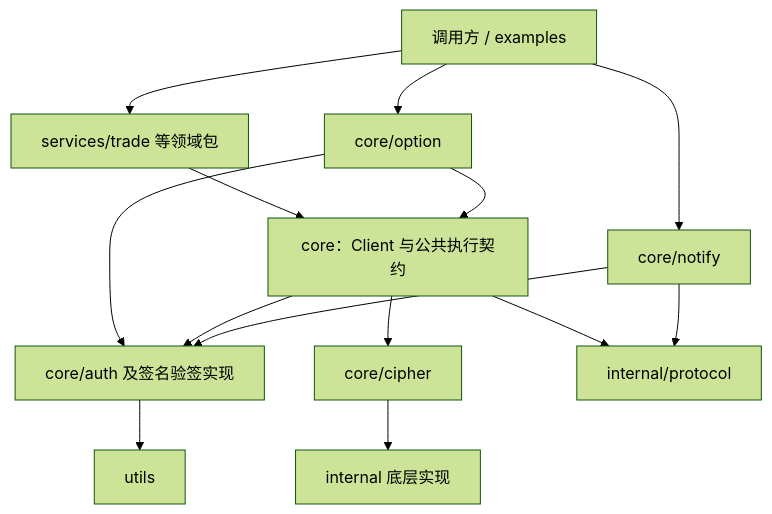
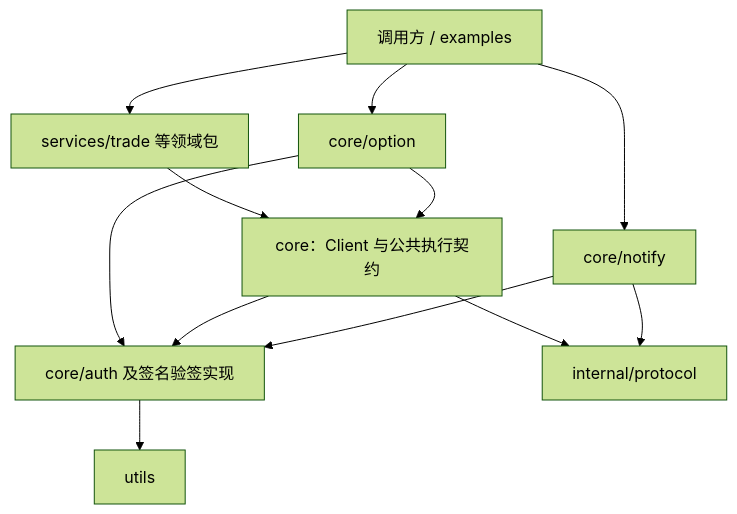
One commit to tiyee/alipay-sdk-go changed the first of 2 diagrams in docs/architecture.md. Above: the diagram before and after it, drawn with Mermaid (forest theme). The commit also changed other lines of this file and 547 other files, not shown here.

````diff
--- a/docs/architecture.md
+++ b/docs/architecture.md
@@ -107,16 +116,14 @@
 ```mermaid
 flowchart TD
     App[调用方 / examples] --> Service[services/trade 等领域包]
     App --> Options[core/option]
     App --> Notify[core/notify]
     Service --> Core[core：Client 与公共执行契约]
     Options --> Core
     Options --> Auth[core/auth 及签名验签实现]
     Core --> Auth
-    Core --> Cipher[core/cipher]
     Core --> Protocol[internal/protocol]
     Notify --> Auth
     Notify --> Protocol
     Auth --> Utils[utils]
-    Cipher --> Internal[internal 底层实现]
 ```
````
